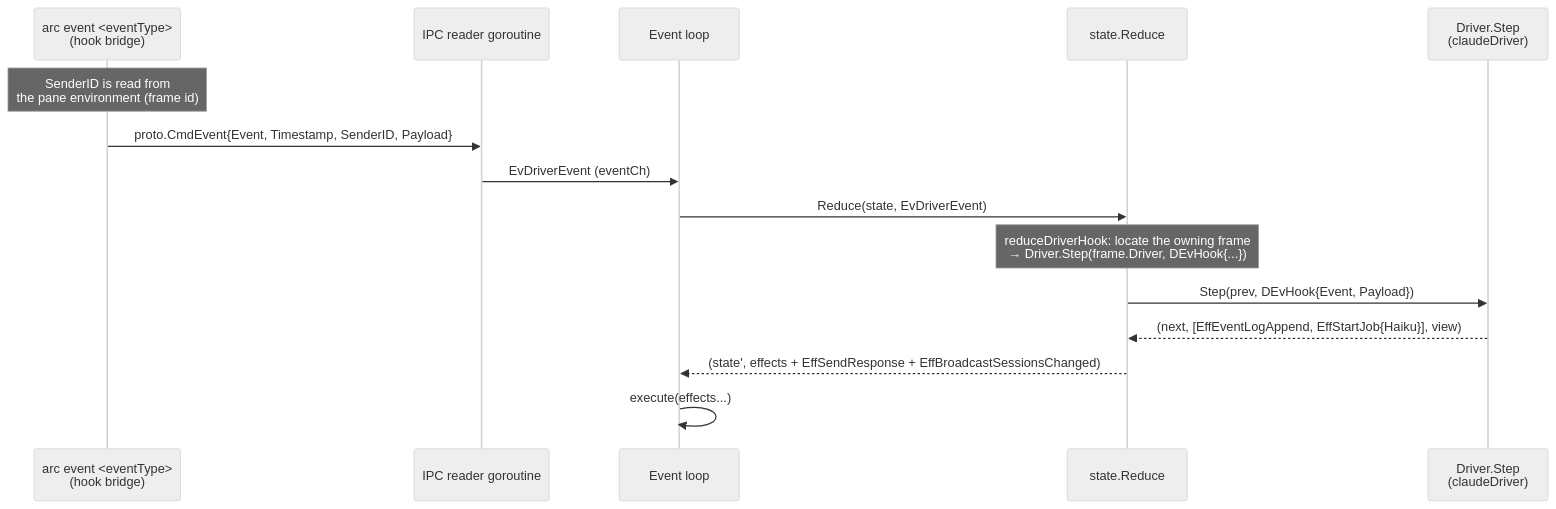
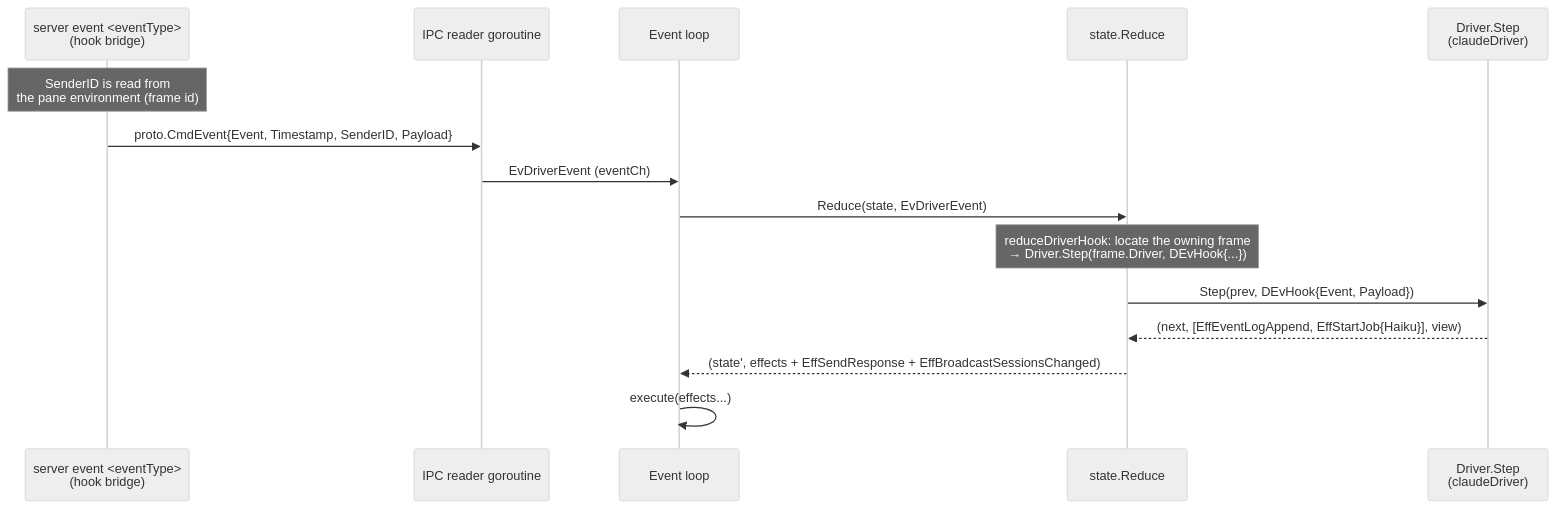
One commit to takezoh/agent-reactor changed the sixth of 7 diagrams in docs/technical/client/ipc.md. Above: the diagram before and after it, drawn with Mermaid (neutral theme). The commit also changed other lines of this file and 268 other files, not shown here.

First line of the commit message:
refactor: arc TUI + arc binary 完全廃止 → single server binary (Phase A〜F-H)

````diff
--- a/docs/technical/client/ipc.md
+++ b/docs/technical/client/ipc.md
@@ -264,18 +258,18 @@
 ```mermaid
 sequenceDiagram
-    participant Bridge as arc event <eventType><br/>(hook bridge)
+    participant Bridge as server event <eventType><br/>(hook bridge)
     participant Reader as IPC reader goroutine
     participant EL as Event loop
     participant Red as state.Reduce
     participant Drv as Driver.Step<br/>(claudeDriver)
 
     Note over Bridge: SenderID is read from<br/>the pane environment (frame id)
     Bridge->>Reader: proto.CmdEvent{Event, Timestamp, SenderID, Payload}
     Reader->>EL: EvDriverEvent (eventCh)
     EL->>Red: Reduce(state, EvDriverEvent)
     Note over Red: reduceDriverHook: locate the owning frame<br/>→ Driver.Step(frame.Driver, DEvHook{...})
     Red->>Drv: Step(prev, DEvHook{Event, Payload})
     Drv-->>Red: (next, [EffEventLogAppend, EffStartJob{Haiku}], view)
     Red-->>EL: (state', effects + EffSendResponse + EffBroadcastSessionsChanged)
     EL->>EL: execute(effects...)
 ```
````
